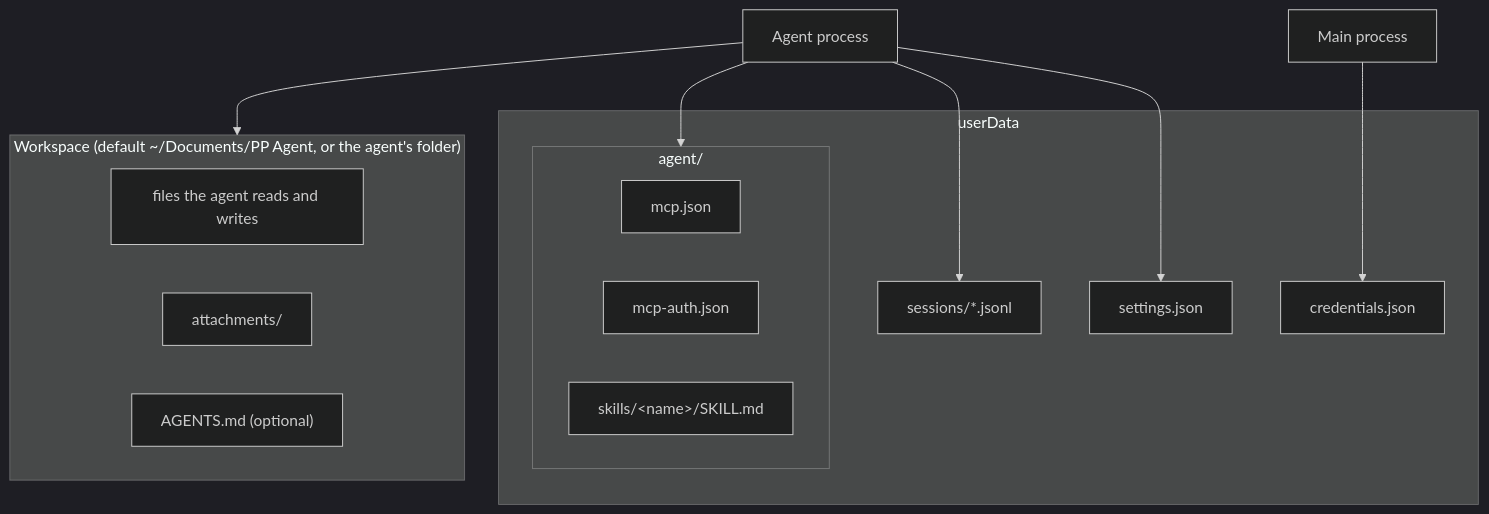
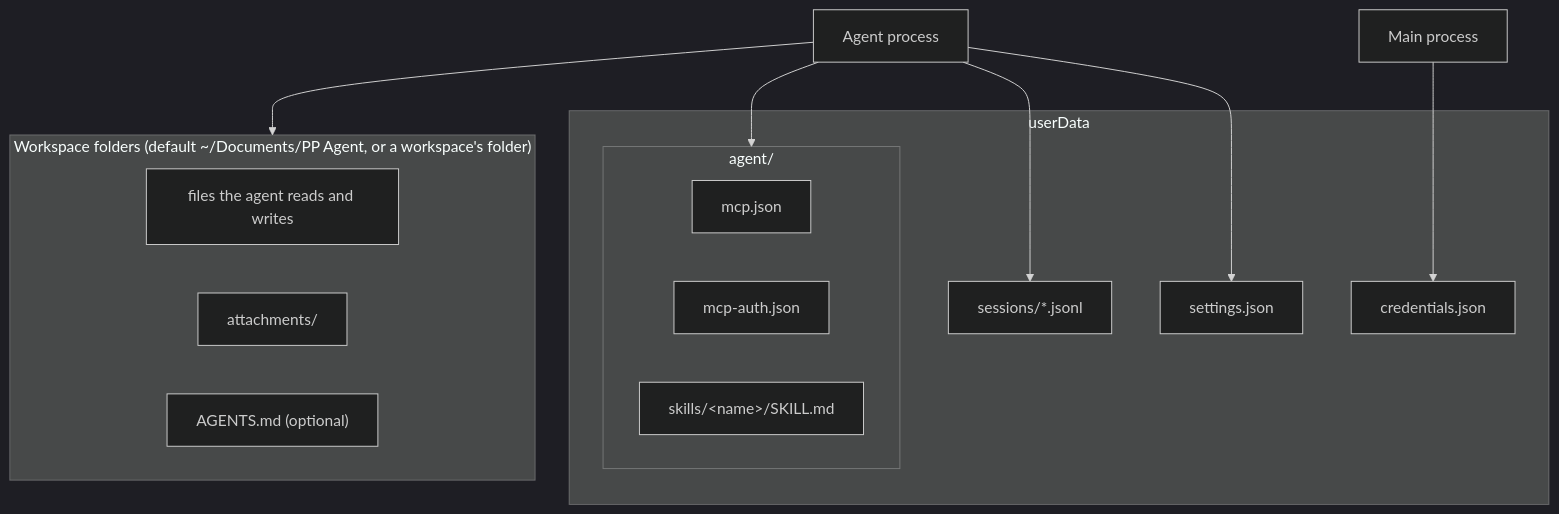
The diagram in docs/architecture/data-storage.md (pp-techs/pp-agent), drawn with Mermaid (dark theme) before and after one commit. The commit also changed other lines of this file and 36 other files, not shown here.

````diff
--- a/docs/architecture/data-storage.md
+++ b/docs/architecture/data-storage.md
@@ -5,23 +5,23 @@
 ```mermaid
 flowchart TB
   subgraph userData["userData"]
     S["settings.json"]
     C["credentials.json"]
     subgraph agentDir["agent/"]
       MJ["mcp.json"]
       MA["mcp-auth.json"]
       SK["skills/&lt;name&gt;/SKILL.md"]
     end
     SE["sessions/*.jsonl"]
   end
-  subgraph ws["Workspace (default ~/Documents/PP Agent, or the agent's folder)"]
+  subgraph ws["Workspace folders (default ~/Documents/PP Agent, or a workspace's folder)"]
     W["files the agent reads and writes"]
     AT["attachments/"]
     AG["AGENTS.md (optional)"]
   end
   Main["Main process"] --> C
   Agent["Agent process"] --> S
   Agent --> agentDir
   Agent --> SE
   Agent --> ws
 ```
````
